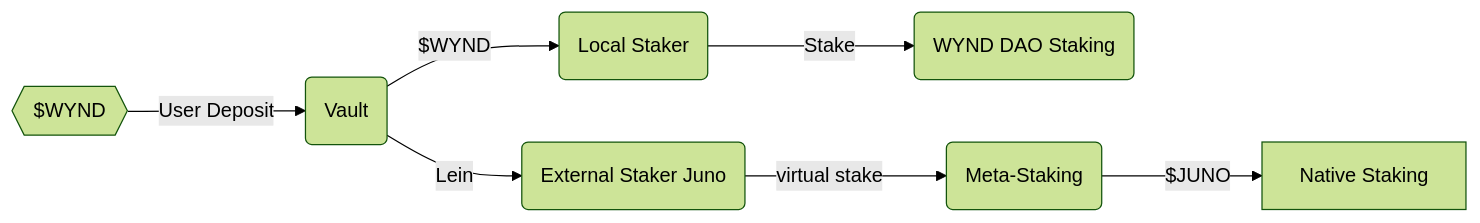
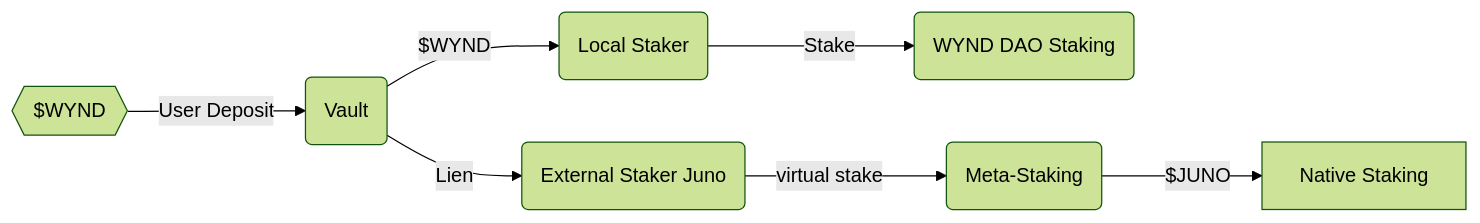
Before and after one commit to 0xVov5/mesh: the third of 3 diagrams in docs/provider/Provider.md, drawn with Mermaid. The commit also changed other lines of this file and 2 other files, not shown here.

Commit message:
Rename Lein -> Lien

````diff
--- a/docs/provider/Provider.md
+++ b/docs/provider/Provider.md
@@ -161,10 +161,10 @@
 ```mermaid
 flowchart LR
   %%{init: {'theme': 'forest'}}%%
   A{{$WYND}} -- User Deposit --> B(Vault);
   B -- $WYND --> C(Local Staker);
   C -- Stake --> D(WYND DAO Staking)
-  B -- Lein --> E(External Staker Juno);
+  B -- Lien --> E(External Staker Juno);
   E -- virtual stake --> F(Meta-Staking);
   F -- $JUNO --> G[Native Staking];
 ```
````
